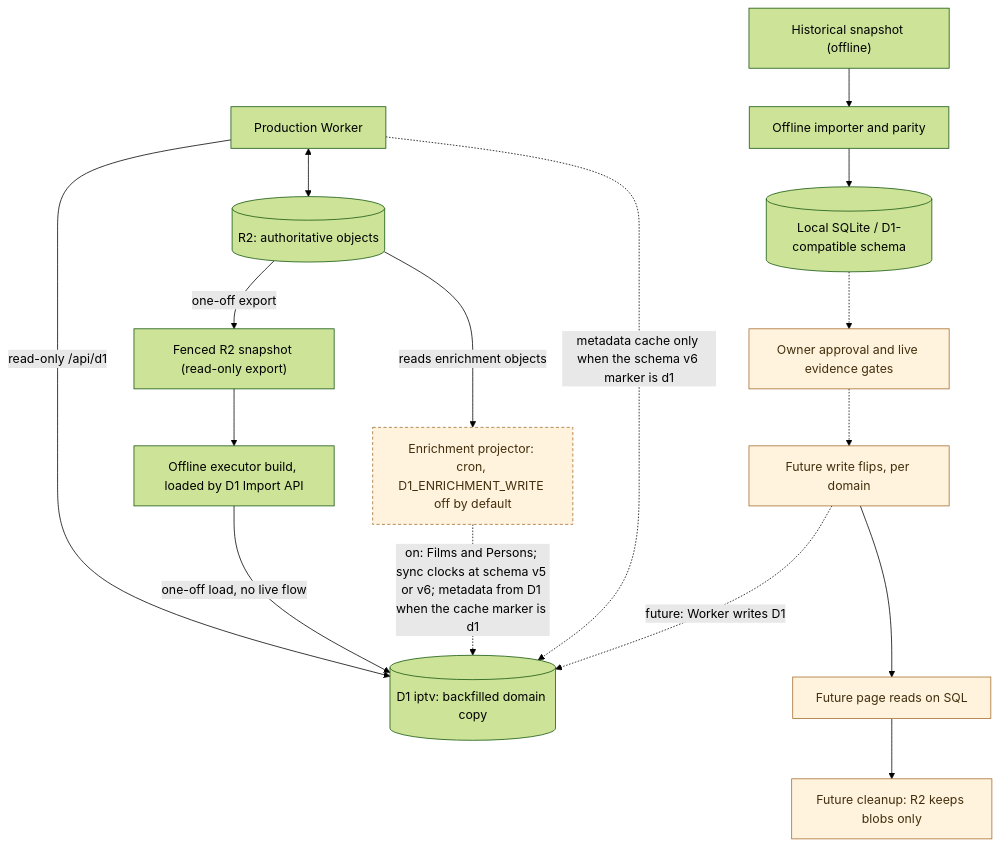
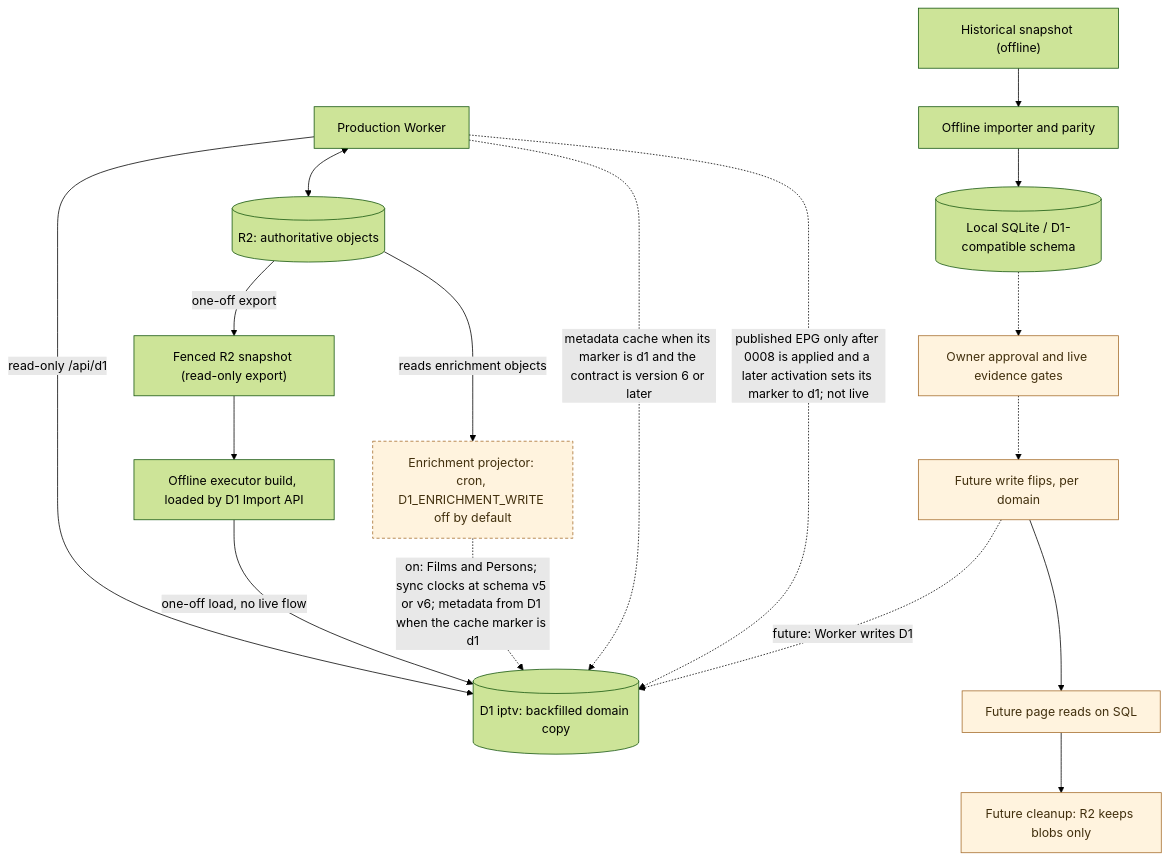
One commit to vladimino/iptv-watchlist changed the diagram in docs/architecture/persistence-and-migration.md. Above: the diagram before and after it, drawn with Mermaid (forest theme). The commit also changed other lines of this file and 35 other files, not shown here.

First line of the commit message:
Make D1 the published EPG authority behind its own marker.

````diff
--- a/docs/architecture/persistence-and-migration.md
+++ b/docs/architecture/persistence-and-migration.md
@@ -5,29 +5,30 @@
 ```mermaid
 flowchart TD
     worker["Production Worker"]
     r2[("R2: authoritative objects")]
     archive["Historical snapshot (offline)"]
     importer["Offline importer and parity"]
     local[("Local SQLite / D1-compatible schema")]
     gate["Owner approval and live evidence gates"]
     snapshot["Fenced R2 snapshot (read-only export)"]
     reload["Offline executor build, loaded by D1 Import API"]
     d1[("D1 iptv: backfilled domain copy")]
     projector["Enrichment projector: cron, D1_ENRICHMENT_WRITE off by default"]
     flipWrite["Future write flips, per domain"]
     flipRead["Future page reads on SQL"]
     retire["Future cleanup: R2 keeps blobs only"]
     worker <--> r2
     worker -->|read-only /api/d1| d1
     archive --> importer --> local
     local -.-> gate
     r2 -->|one-off export| snapshot --> reload -->|one-off load, no live flow| d1
     r2 -->|reads enrichment objects| projector -.->|on: Films and Persons; sync clocks at schema v5 or v6; metadata from D1 when the cache marker is d1| d1
-    worker -.->|metadata cache only when the schema v6 marker is d1| d1
+    worker -.->|metadata cache when its marker is d1 and the contract is version 6 or later| d1
+    worker -.->|published EPG only after 0008 is applied and a later activation sets its marker to d1; not live| d1
     gate -.-> flipWrite -.->|future: Worker writes D1| d1
     flipWrite --> flipRead --> retire
     classDef future fill:#fff3de,stroke:#a56c2b,color:#42300e
     classDef gated fill:#fff3de,stroke:#a56c2b,color:#42300e,stroke-dasharray:4 3
     class gate,flipWrite,flipRead,retire future
     class projector gated
 ```
````
